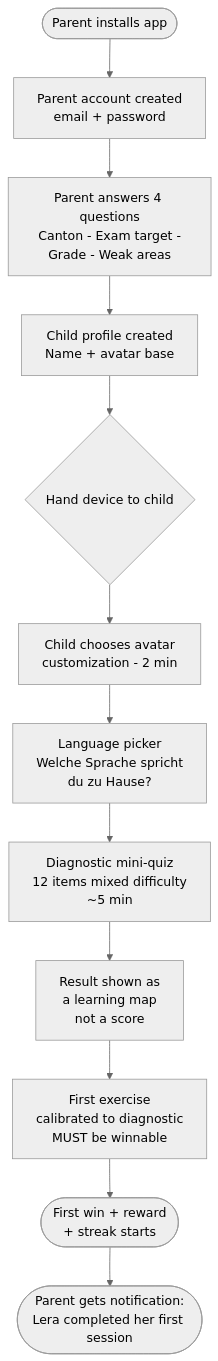
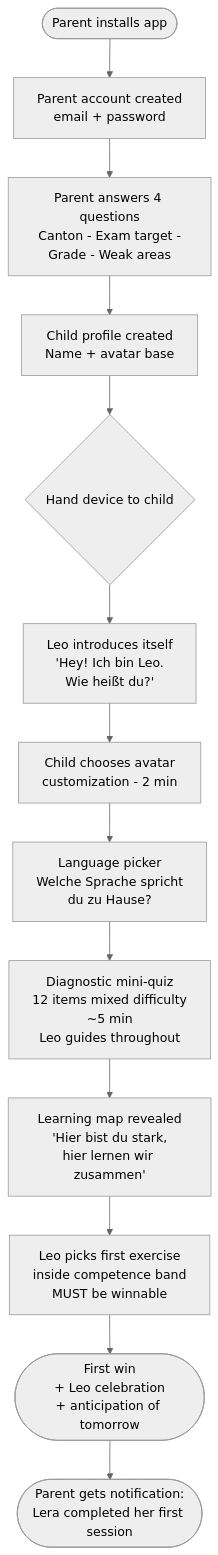
One commit to romank-crisp/gymi-pruf changed the fifth of 16 diagrams in docs/product/user-flows-and-interaction.md. Above: the diagram before and after it, drawn with Mermaid (neutral theme). The commit also changed other lines of this file and 3 other files, not shown here.

````diff
--- a/docs/product/user-flows-and-interaction.md
+++ b/docs/product/user-flows-and-interaction.md
@@ -163,14 +179,15 @@
 ```mermaid
 flowchart TD
     Start([Parent installs app]) --> P1[Parent account created<br/>email + password]
     P1 --> P2[Parent answers 4 questions<br/>Canton - Exam target -<br/>Grade - Weak areas]
     P2 --> P3[Child profile created<br/>Name + avatar base]
     P3 --> H{Hand device to child}
-    H --> C1[Child chooses avatar<br/>customization - 2 min]
+    H --> M[Leo introduces itself<br/>'Hey! Ich bin Leo.<br/>Wie heißt du?']
+    M --> C1[Child chooses avatar<br/>customization - 2 min]
     C1 --> C2[Language picker<br/>Welche Sprache spricht<br/>du zu Hause?]
-    C2 --> C3[Diagnostic mini-quiz<br/>12 items mixed difficulty<br/>~5 min]
-    C3 --> C4[Result shown as<br/>a learning map<br/>not a score]
-    C4 --> C5[First exercise<br/>calibrated to diagnostic<br/>MUST be winnable]
-    C5 --> C6([First win + reward<br/>+ streak starts])
+    C2 --> C3[Diagnostic mini-quiz<br/>12 items mixed difficulty<br/>~5 min<br/>Leo guides throughout]
+    C3 --> C4[Learning map revealed<br/>'Hier bist du stark,<br/>hier lernen wir zusammen']
+    C4 --> C5[Leo picks first exercise<br/>inside competence band<br/>MUST be winnable]
+    C5 --> C6([First win<br/>+ Leo celebration<br/>+ anticipation of tomorrow])
     C6 --> End([Parent gets notification:<br/>Lera completed her first session])
 ```
````
